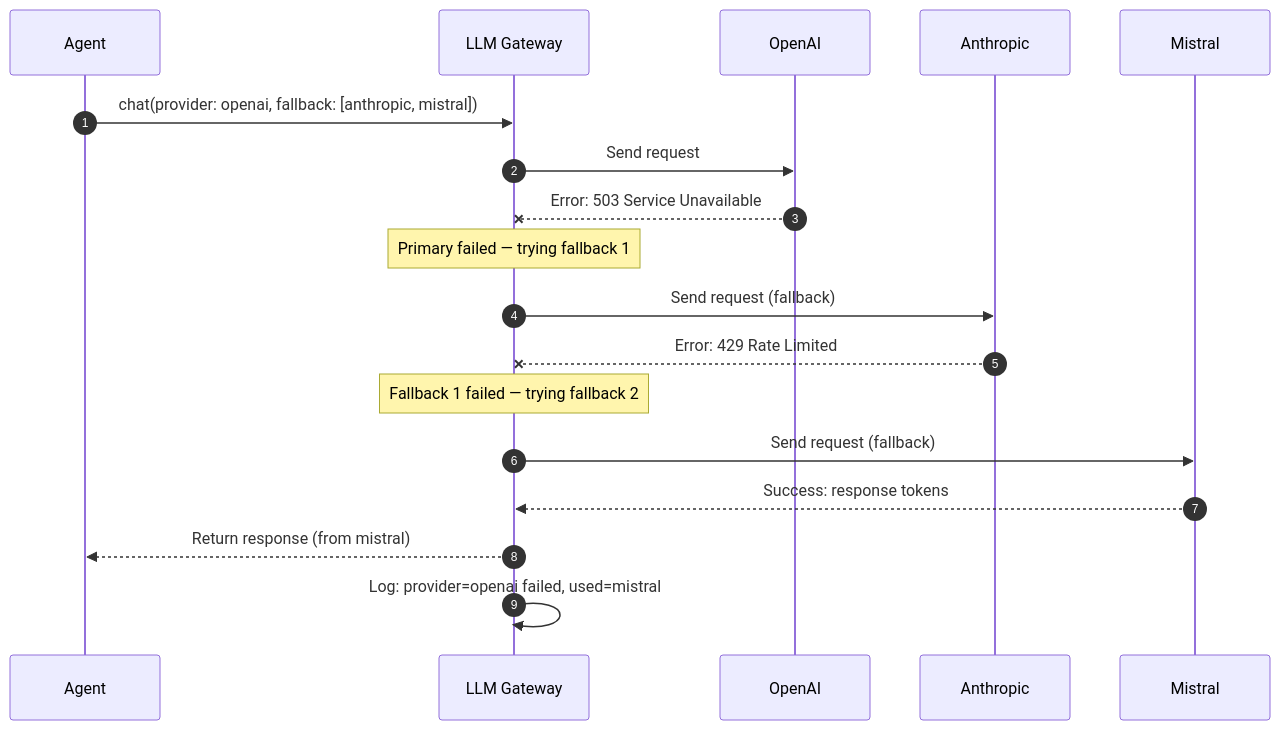
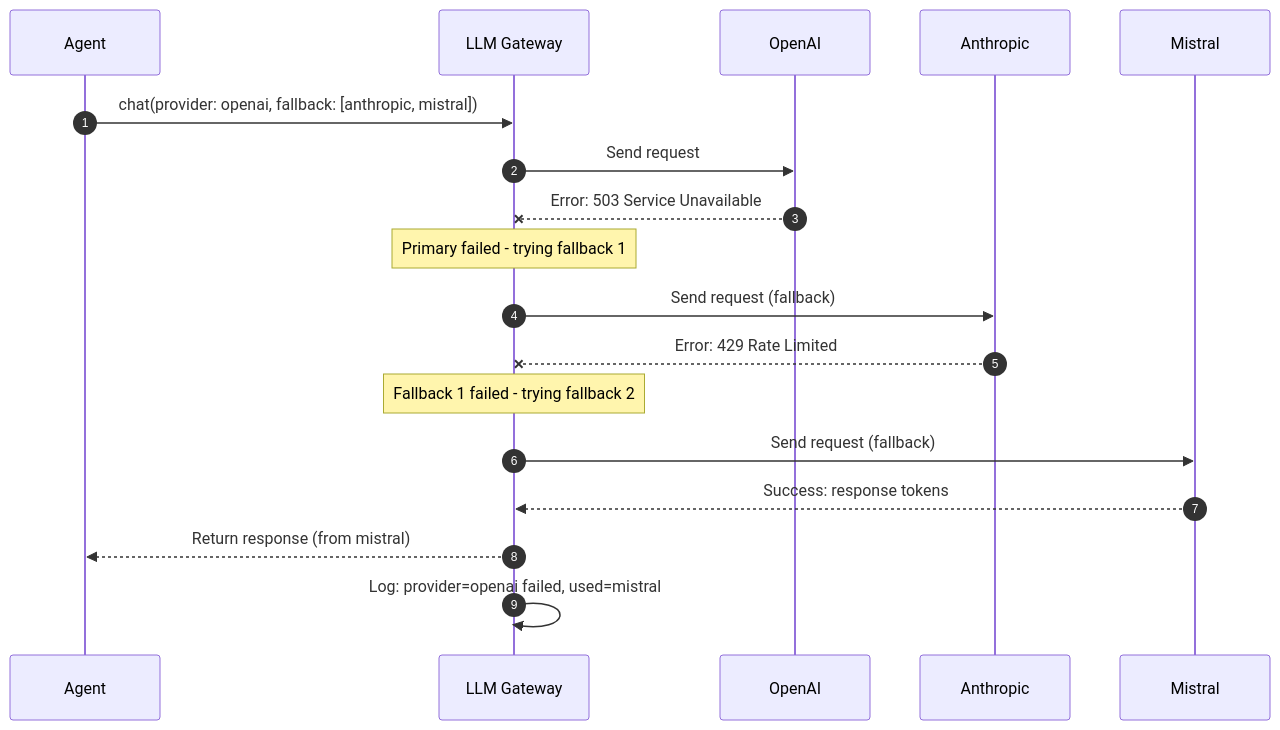
The third of 3 diagrams in docs/sequence-diagram.md (zainsardar-tech/zarix-agentos), drawn with Mermaid before and after one commit. The commit also changed other lines of this file and 9 other files, not shown here.

Commit message:
fix diagram alignment and formatting

````diff
--- a/docs/sequence-diagram.md
+++ b/docs/sequence-diagram.md
@@ -177,23 +177,23 @@
 ```mermaid
 sequenceDiagram
-    autonumber
-    participant A as Agent
-    participant GW as LLM Gateway
-    participant P1 as OpenAI
-    participant P2 as Anthropic
-    participant P3 as Mistral
+  autonumber
+  participant A as Agent
+  participant GW as LLM Gateway
+  participant P1 as OpenAI
+  participant P2 as Anthropic
+  participant P3 as Mistral
 
-    A->>GW: chat(provider: openai, fallback: [anthropic, mistral])
-    GW->>P1: Send request
-    P1--xGW: Error: 503 Service Unavailable
+  A->>GW: chat(provider: openai, fallback: [anthropic, mistral])
+  GW->>P1: Send request
+  P1--xGW: Error: 503 Service Unavailable
 
-    Note over GW: Primary failed — trying fallback 1
-    GW->>P2: Send request (fallback)
-    P2--xGW: Error: 429 Rate Limited
+  Note over GW: Primary failed - trying fallback 1
+  GW->>P2: Send request (fallback)
+  P2--xGW: Error: 429 Rate Limited
 
-    Note over GW: Fallback 1 failed — trying fallback 2
-    GW->>P3: Send request (fallback)
-    P3-->>GW: Success: response tokens
-    GW-->>A: Return response (from mistral)
-    GW->>GW: Log: provider=openai failed, used=mistral
+  Note over GW: Fallback 1 failed - trying fallback 2
+  GW->>P3: Send request (fallback)
+  P3-->>GW: Success: response tokens
+  GW-->>A: Return response (from mistral)
+  GW->>GW: Log: provider=openai failed, used=mistral
 ```
````
